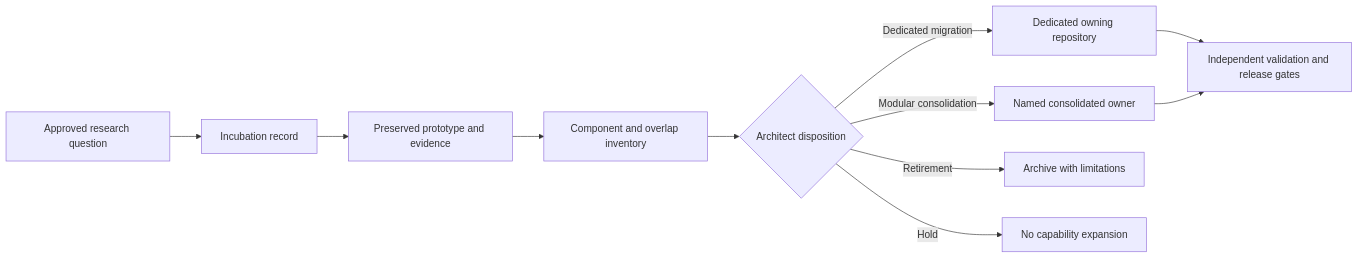
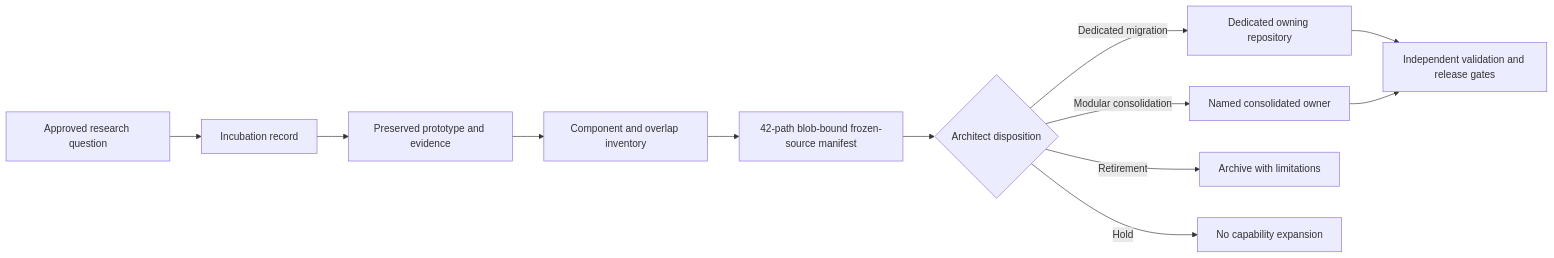
The diagram in README.md (aevespers2/Misc), drawn with Mermaid before and after one commit. The commit also changed other lines of this file and 12 other files, not shown here.

First line of the commit message:
docs: complete exact file-level disposition manifest

````diff
--- a/README.md
+++ b/README.md
@@ -46,13 +50,14 @@
 ```mermaid
 flowchart LR
     A[Approved research question] --> B[Incubation record]
     B --> C[Preserved prototype and evidence]
     C --> D[Component and overlap inventory]
-    D --> E{Architect disposition}
-    E -->|Dedicated migration| F[Dedicated owning repository]
-    E -->|Modular consolidation| G[Named consolidated owner]
-    E -->|Retirement| H[Archive with limitations]
-    E -->|Hold| I[No capability expansion]
-    F --> J[Independent validation and release gates]
-    G --> J
+    D --> E[42-path blob-bound frozen-source manifest]
+    E --> F{Architect disposition}
+    F -->|Dedicated migration| G[Dedicated owning repository]
+    F -->|Modular consolidation| H[Named consolidated owner]
+    F -->|Retirement| I[Archive with limitations]
+    F -->|Hold| J[No capability expansion]
+    G --> K[Independent validation and release gates]
+    H --> K
 ```
````
